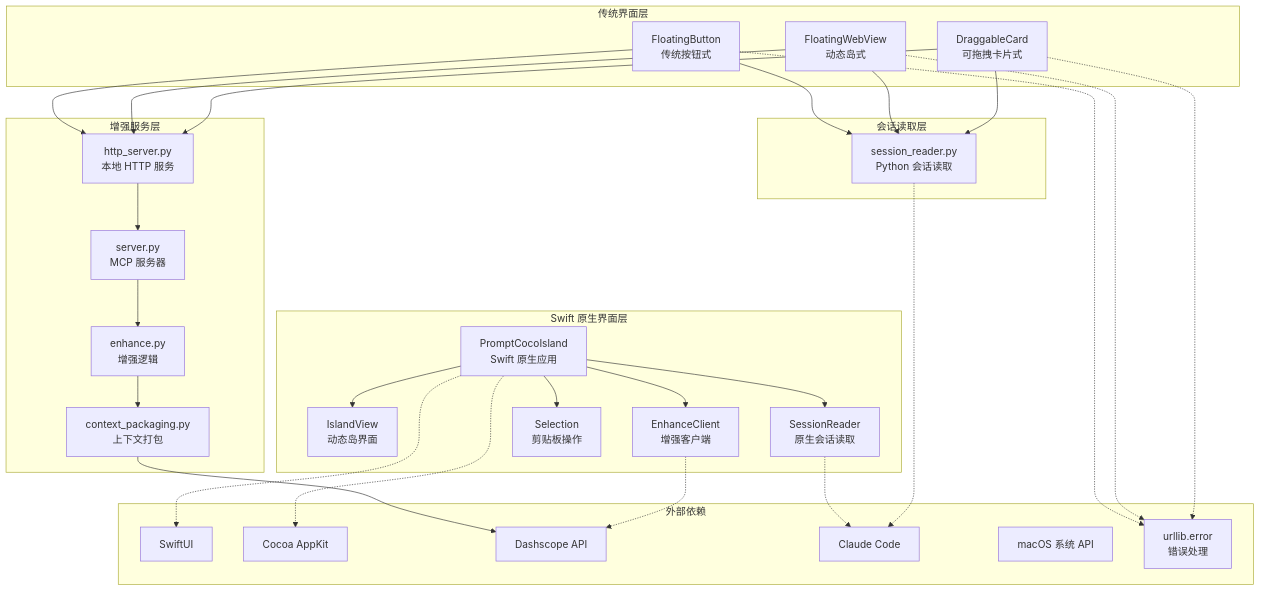
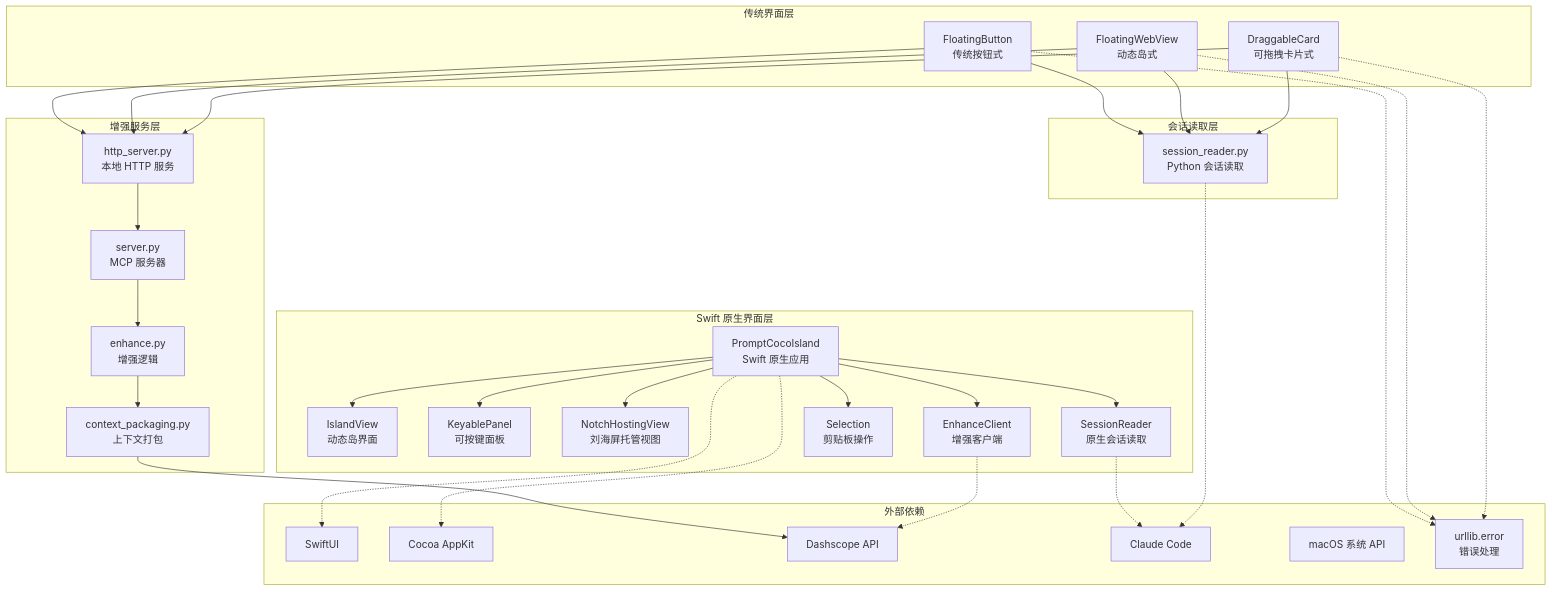
The second of 14 diagrams in .qoder/repowiki/zh/content/核心架构/浮动窗口系统.md (WyRainBow/PromptCocoPilot), drawn with Mermaid before and after one commit. The commit also changed other lines of this file and 57 other files, not shown here.

````diff
--- a/.qoder/repowiki/zh/content/核心架构/浮动窗口系统.md
+++ b/.qoder/repowiki/zh/content/核心架构/浮动窗口系统.md
@@ -147,54 +152,58 @@
 ```mermaid
 graph TB
 subgraph "Swift 原生界面层"
 SI[PromptCocoIsland<br/>Swift 原生应用]
 IV[IslandView<br/>动态岛界面]
+KP[KeyablePanel<br/>可按键面板]
+NHV[NotchHostingView<br/>刘海屏托管视图]
 EH[EnhanceClient<br/>增强客户端]
 SR[SessionReader<br/>原生会话读取]
 SEL[Selection<br/>剪贴板操作]
 end
 subgraph "传统界面层"
 UI1[FloatingButton<br/>传统按钮式]
 UI2[FloatingWebView<br/>动态岛式]
 UI3[DraggableCard<br/>可拖拽卡片式]
 end
 subgraph "会话读取层"
 SR2[session_reader.py<br/>Python 会话读取]
 end
 subgraph "增强服务层"
 ES[http_server.py<br/>本地 HTTP 服务]
 MS[server.py<br/>MCP 服务器]
 EP[enhance.py<br/>增强逻辑]
 CP[context_packaging.py<br/>上下文打包]
 end
 subgraph "外部依赖"
 SW[SwiftUI]
 CA[Cocoa AppKit]
 DS[Dashscope API]
 CC[Claude Code]
 OS[macOS 系统 API]
 UR[urllib.error<br/>错误处理]
 end
 SI --> IV
+SI --> KP
+SI --> NHV
 SI --> EH
 SI --> SR
 SI --> SEL
 UI1 --> SR2
 UI2 --> SR2
 UI3 --> SR2
 UI1 --> ES
 UI2 --> ES
 UI3 --> ES
 ES --> MS
 MS --> EP
 EP --> CP
 CP --> DS
 SI -.-> SW
 SI -.-> CA
 EH -.-> DS
 SR -.-> CC
 SR2 -.-> CC
 UI1 -.-> UR
 UI2 -.-> UR
 UI3 -.-> UR
 ```
````
